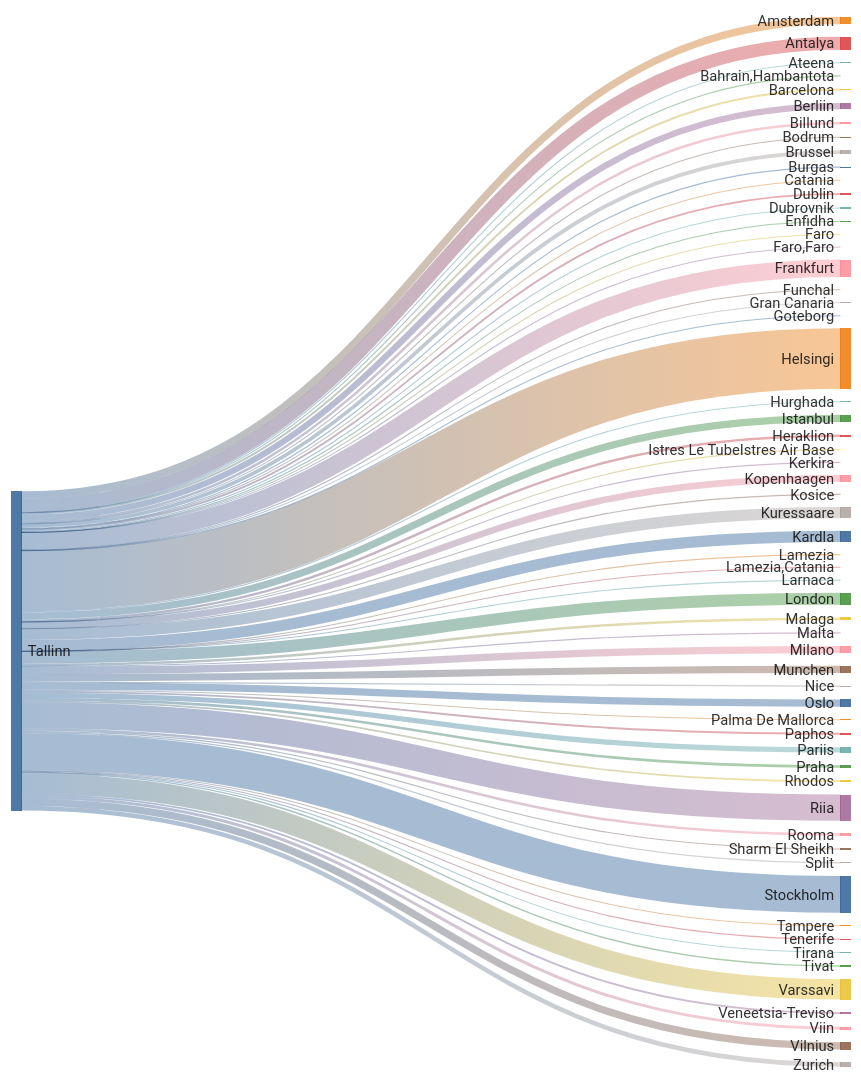
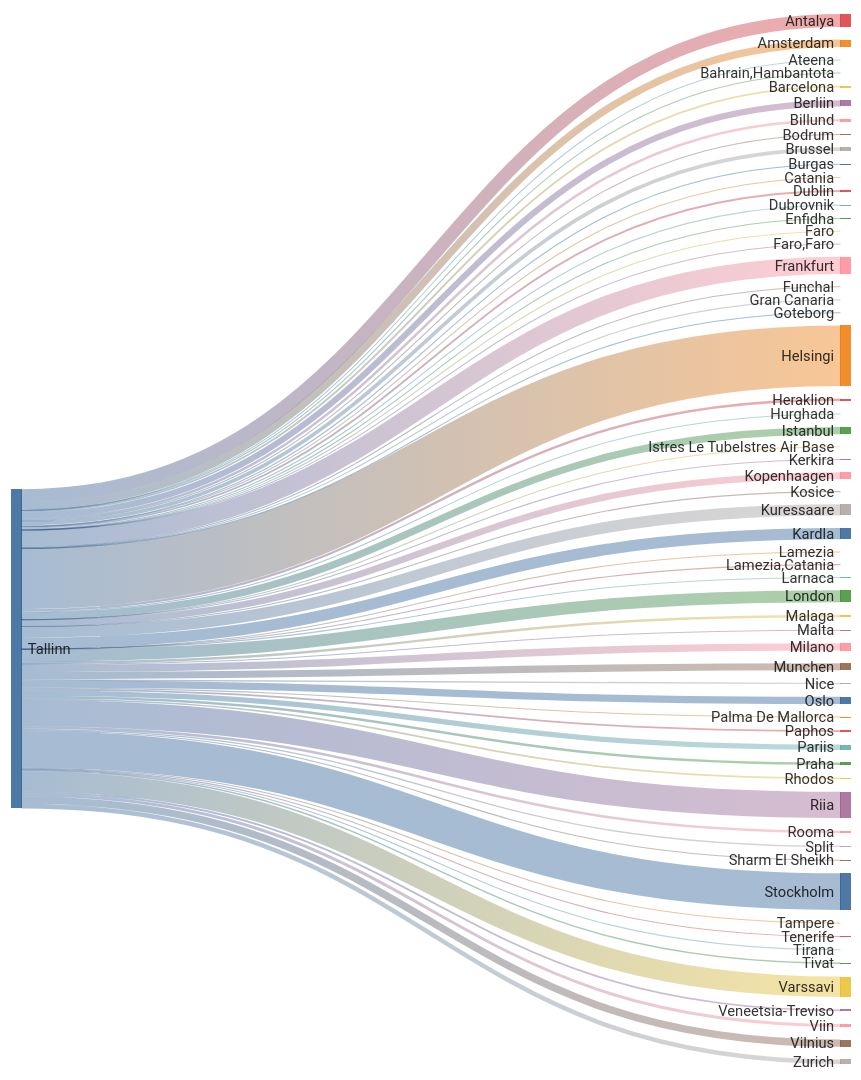
One commit to rainermesi/tll-airport-departures changed the second of 2 diagrams in README.md. Above: the diagram before and after it, drawn with Mermaid. The commit also changed other lines of this file, not shown here.

````diff
--- a/README.md
+++ b/README.md
@@ -34,72 +34,72 @@
 ```mermaid
 ---
 config:
   sankey:
     showValues: false
     width: 800
     height: 1000
 ---
 sankey-beta
 %% source,target,value
-Tallinn,Amsterdam,142
+Tallinn,Amsterdam,143
 Tallinn,Antalya,250
 Tallinn,Ateena,16
 Tallinn,"Bahrain,Hambantota",1
 Tallinn,Barcelona,37
 Tallinn,Berliin,120
 Tallinn,Billund,49
 Tallinn,Bodrum,11
-Tallinn,Brussel,72
+Tallinn,Brussel,73
 Tallinn,Burgas,21
 Tallinn,Catania,2
 Tallinn,Dublin,36
 Tallinn,Dubrovnik,21
 Tallinn,Enfidha,7
 Tallinn,Faro,4
 Tallinn,"Faro,Faro",1
-Tallinn,Frankfurt,335
+Tallinn,Frankfurt,337
 Tallinn,Funchal,5
-Tallinn,Gran Canaria,11
+Tallinn,Gran Canaria,12
 Tallinn,Goteborg,1
-Tallinn,Helsingi,1160
+Tallinn,Helsingi,1169
 Tallinn,Heraklion,46
 Tallinn,Hurghada,17
-Tallinn,Istanbul,137
+Tallinn,Istanbul,138
 Tallinn,Istres Le TubeIstres Air Base,2
 Tallinn,Kerkira,4
-Tallinn,Kopenhaagen,128
+Tallinn,Kopenhaagen,129
 Tallinn,Kosice,1
-Tallinn,Kuressaare,215
-Tallinn,Kardla,215
+Tallinn,Kuressaare,217
+Tallinn,Kardla,217
 Tallinn,Lamezia,1
 Tallinn,"Lamezia,Catania",3
 Tallinn,Larnaca,4
-Tallinn,London,230
+Tallinn,London,232
 Tallinn,Malaga,48
 Tallinn,Malta,15
-Tallinn,Milano,141
-Tallinn,Munchen,137
+Tallinn,Milano,142
+Tallinn,Munchen,138
 Tallinn,Nice,25
-Tallinn,Oslo,138
+Tallinn,Oslo,139
 Tallinn,Palma De Mallorca,19
 Tallinn,Paphos,35
 Tallinn,Pariis,102
 Tallinn,Praha,49
 Tallinn,Rhodos,32
-Tallinn,Riia,501
-Tallinn,Rooma,48
+Tallinn,Riia,505
+Tallinn,Rooma,49
 Tallinn,Sharm El Sheikh,21
 Tallinn,Split,25
-Tallinn,Stockholm,706
+Tallinn,Stockholm,708
 Tallinn,Tampere,17
-Tallinn,Tenerife,16
+Tallinn,Tenerife,17
 Tallinn,Tirana,8
 Tallinn,Tivat,26
-Tallinn,Varssavi,390
+Tallinn,Varssavi,393
 Tallinn,Veneetsia-Treviso,36
 Tallinn,Viin,57
-Tallinn,Vilnius,141
+Tallinn,Vilnius,142
 Tallinn,Zurich,88
 
 
 ```
````
